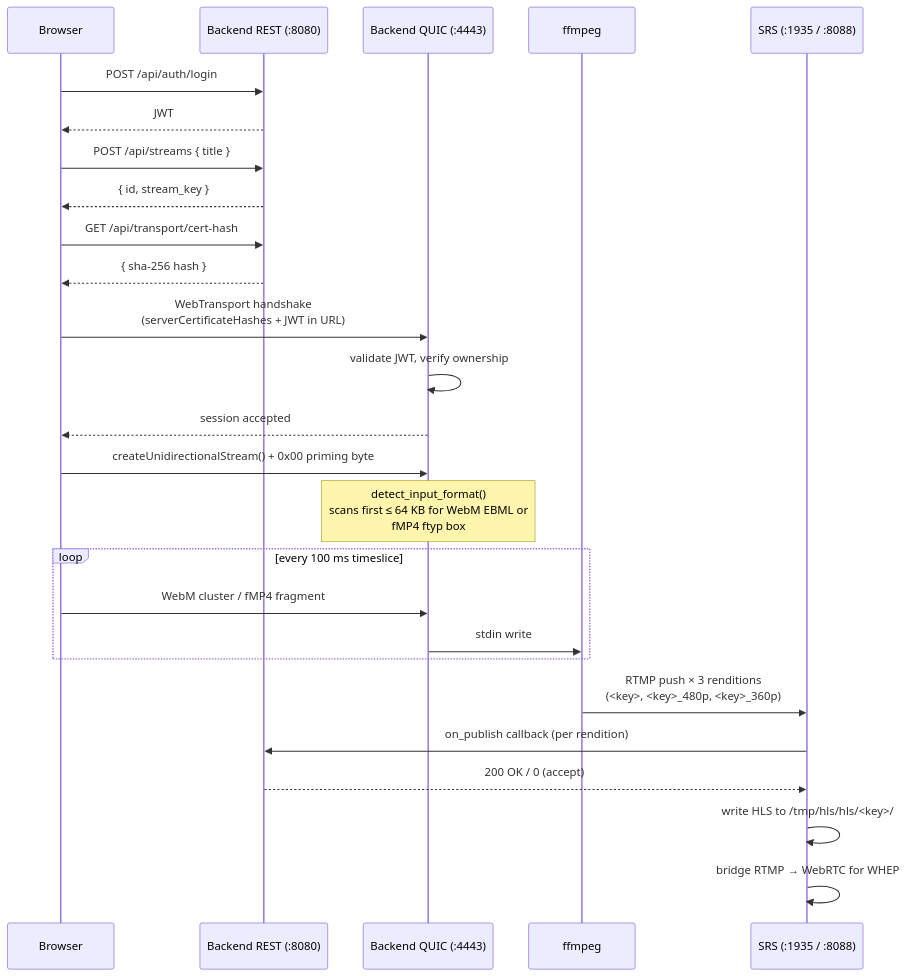
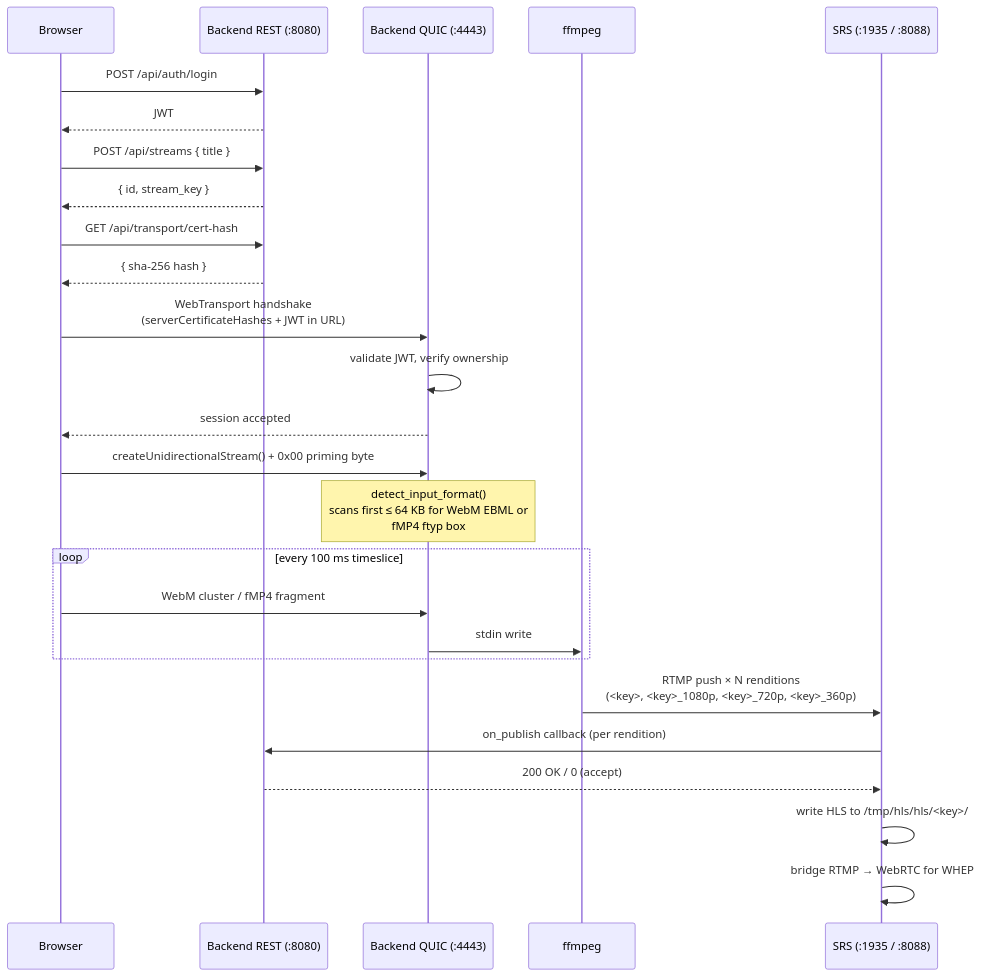
The fourth of 7 diagrams in docs/architecture.md (Dakotahernandez/fidget-livestreaming), drawn with Mermaid before and after one commit. The commit also changed other lines of this file and 10 other files, not shown here.

````diff
--- a/docs/architecture.md
+++ b/docs/architecture.md
@@ -240,34 +302,34 @@
 ```mermaid
 sequenceDiagram
     participant Browser
     participant REST as Backend REST (:8080)
     participant QUIC as Backend QUIC (:4443)
     participant ffmpeg
     participant SRS as SRS (:1935 / :8088)
 
     Browser->>REST: POST /api/auth/login
     REST-->>Browser: JWT
     Browser->>REST: POST /api/streams { title }
     REST-->>Browser: { id, stream_key }
 
     Browser->>REST: GET /api/transport/cert-hash
     REST-->>Browser: { sha-256 hash }
 
     Browser->>QUIC: WebTransport handshake<br/>(serverCertificateHashes + JWT in URL)
     QUIC->>QUIC: validate JWT, verify ownership
     QUIC-->>Browser: session accepted
 
     Browser->>QUIC: createUnidirectionalStream() + 0x00 priming byte
     Note over QUIC: detect_input_format()<br/>scans first ≤ 64 KB for WebM EBML or<br/>fMP4 ftyp box
 
     loop every 100 ms timeslice
         Browser->>QUIC: WebM cluster / fMP4 fragment
         QUIC->>ffmpeg: stdin write
     end
 
-    ffmpeg->>SRS: RTMP push × 3 renditions<br/>(<key>, <key>_480p, <key>_360p)
+    ffmpeg->>SRS: RTMP push × N renditions<br/>(<key>, <key>_1080p, <key>_720p, <key>_360p)
     SRS->>REST: on_publish callback (per rendition)
     REST-->>SRS: 200 OK / 0 (accept)
     SRS->>SRS: write HLS to /tmp/hls/hls/<key>/
     SRS->>SRS: bridge RTMP → WebRTC for WHEP
 ```
````
